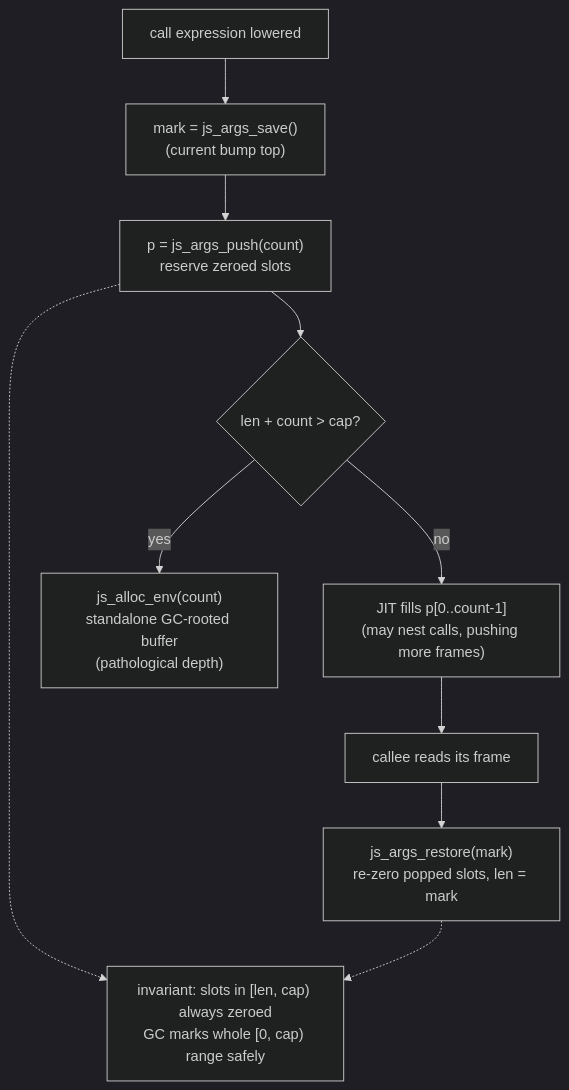
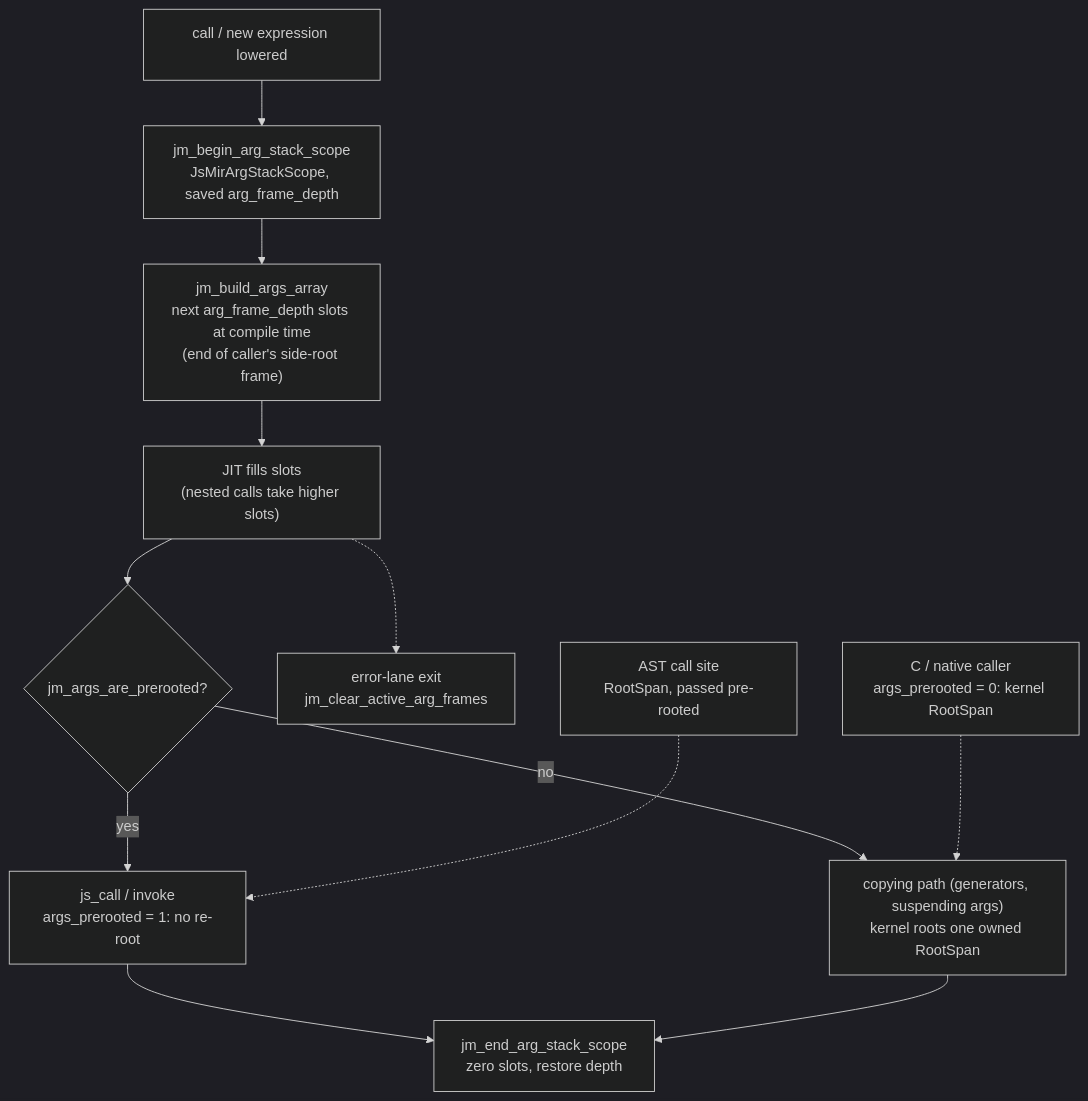
The diagram in doc/dev/js/diagram/d03_arg_stack.mmd (henry-luo/lambda), drawn with Mermaid (dark theme) before and after one commit. The commit also changed 39 other files, not shown here.

```diff
--- a/doc/dev/js/diagram/d03_arg_stack.mmd
+++ b/doc/dev/js/diagram/d03_arg_stack.mmd
@@ -1,17 +1,21 @@
 flowchart TB
-  A["call expression lowered"]
-  S["mark = js_args_save()<br/>(current bump top)"]
-  P["p = js_args_push(count)<br/>reserve zeroed slots"]
-  F["JIT fills p[0..count-1]<br/>(may nest calls, pushing more frames)"]
-  C["callee reads its frame"]
-  R["js_args_restore(mark)<br/>re-zero popped slots, len = mark"]
-  INV["invariant: slots in [len, cap) always zeroed<br/>GC marks whole [0, cap) range safely"]
-  OF{"len + count &gt; cap?"}
-  FB["js_alloc_env(count)<br/>standalone GC-rooted buffer<br/>(pathological depth)"]
+  A["call / new expression lowered"]
+  S["jm_begin_arg_stack_scope<br/>JsMirArgStackScope, saved arg_frame_depth"]
+  P["jm_build_args_array<br/>next arg_frame_depth slots at compile time<br/>(end of caller's side-root frame)"]
+  F["JIT fills slots<br/>(nested calls take higher slots)"]
+  PR{"jm_args_are_prerooted?"}
+  K1["js_call / invoke<br/>args_prerooted = 1: no re-root"]
+  K2["copying path (generators, suspending args)<br/>kernel roots one owned RootSpan"]
+  E["jm_end_arg_stack_scope<br/>zero slots, restore depth"]
+  X["error-lane exit<br/>jm_clear_active_arg_frames"]
+  N["C / native caller<br/>args_prerooted = 0: kernel RootSpan"]
+  AST["AST call site<br/>RootSpan, passed pre-rooted"]
 
-  A --> S --> P --> OF
-  OF -->|no| F
-  OF -->|yes| FB
-  F --> C --> R
-  P -.-> INV
-  R -.-> INV
+  A --> S --> P --> F --> PR
+  PR -->|yes| K1
+  PR -->|no| K2
+  K1 --> E
+  K2 --> E
+  F -.-> X
+  N -.-> K2
+  AST -.-> K1
```
